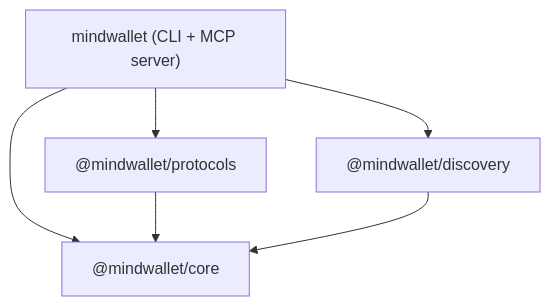
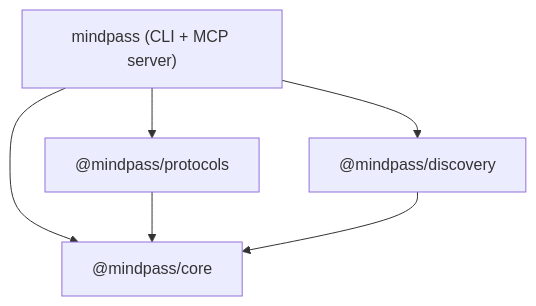
The first of 2 diagrams in docs/docs/architecture.md (remyjkim/mind-wallet), drawn with Mermaid before and after one commit. The commit also changed other lines of this file and 23 other files, not shown here.

````diff
--- a/docs/docs/architecture.md
+++ b/docs/docs/architecture.md
@@ -9,13 +9,13 @@
 ```mermaid
 graph TD
-    CLI["mindwallet (CLI + MCP server)"]
-    Core["@mindwallet/core"]
-    Protocols["@mindwallet/protocols"]
-    Discovery["@mindwallet/discovery"]
+    CLI["mindpass (CLI + MCP server)"]
+    Core["@mindpass/core"]
+    Protocols["@mindpass/protocols"]
+    Discovery["@mindpass/discovery"]
 
     CLI --> Core
     CLI --> Protocols
     CLI --> Discovery
     Protocols --> Core
     Discovery --> Core
 ```
````
